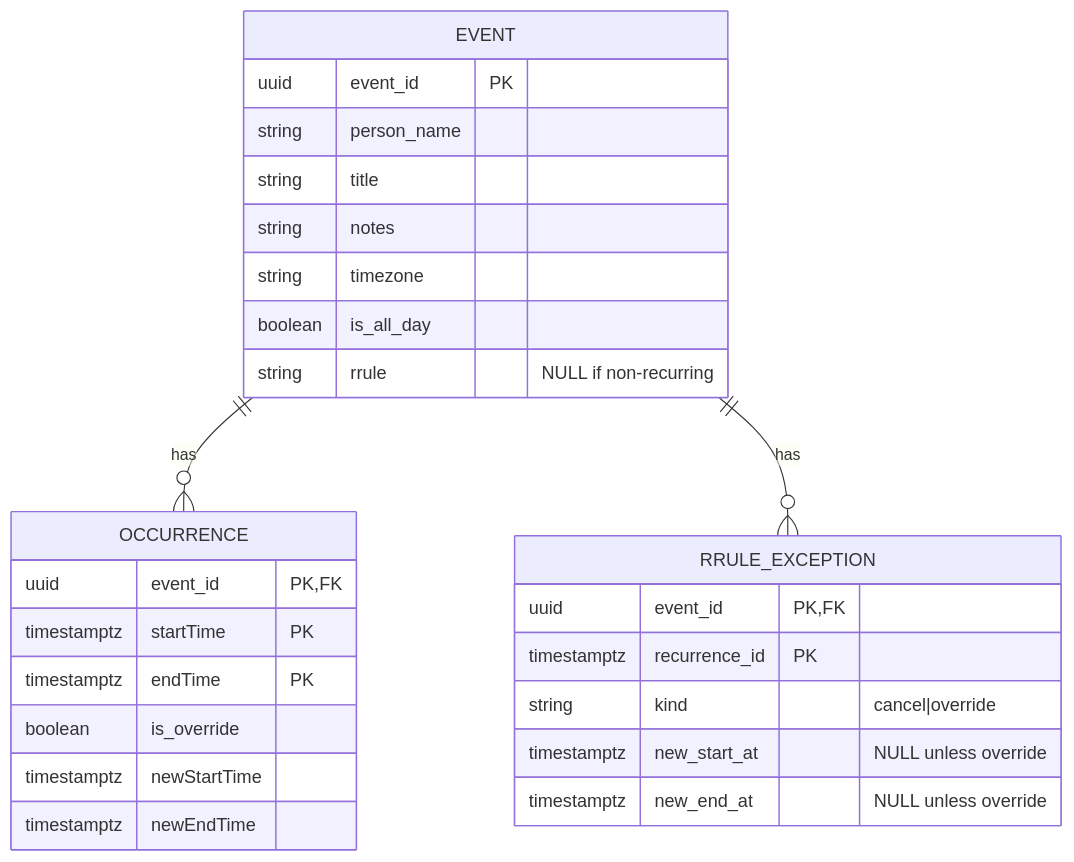
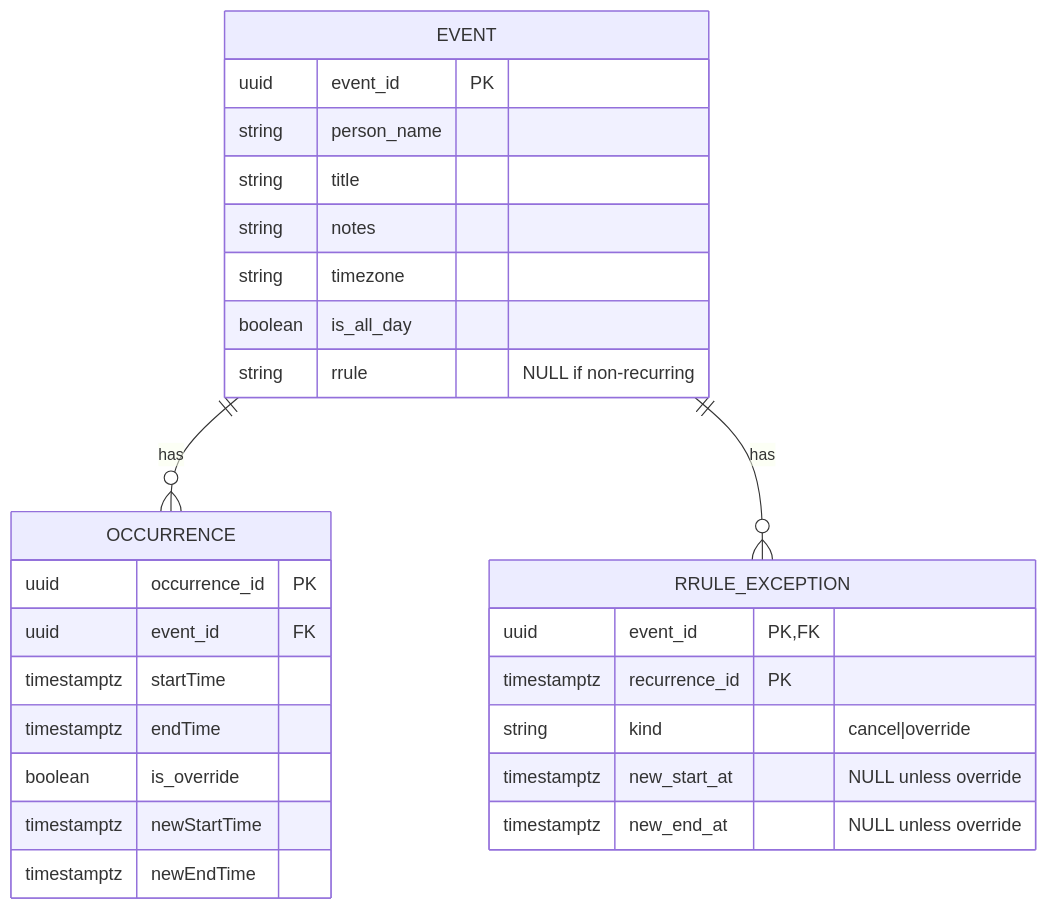
The diagram in Planning/db.md (ConnorHall938/PiCal), drawn with Mermaid before and after one commit. The commit also changed 12 other files, not shown here.

````diff
--- a/Planning/db.md
+++ b/Planning/db.md
@@ -1,32 +1,33 @@
 ```mermaid
 erDiagram
   EVENT ||--o{ OCCURRENCE : "has"
   EVENT ||--o{ RRULE_EXCEPTION : "has"
 
   EVENT {
     uuid event_id PK
     string person_name
     string title
     string notes
     string timezone
     boolean is_all_day
     string rrule "NULL if non-recurring"
   }
 
   OCCURRENCE {
-    uuid event_id PK,FK
-    timestamptz startTime PK
-    timestamptz endTime PK
+    uuid occurrence_id PK
+    uuid event_id FK
+    timestamptz startTime
+    timestamptz endTime
     boolean is_override
     timestamptz newStartTime
     timestamptz newEndTime
   }
 
   RRULE_EXCEPTION {
     uuid event_id PK,FK
     timestamptz recurrence_id PK
     string kind "cancel|override"
     timestamptz new_start_at "NULL unless override"
     timestamptz new_end_at "NULL unless override"
   }
 ```
````
